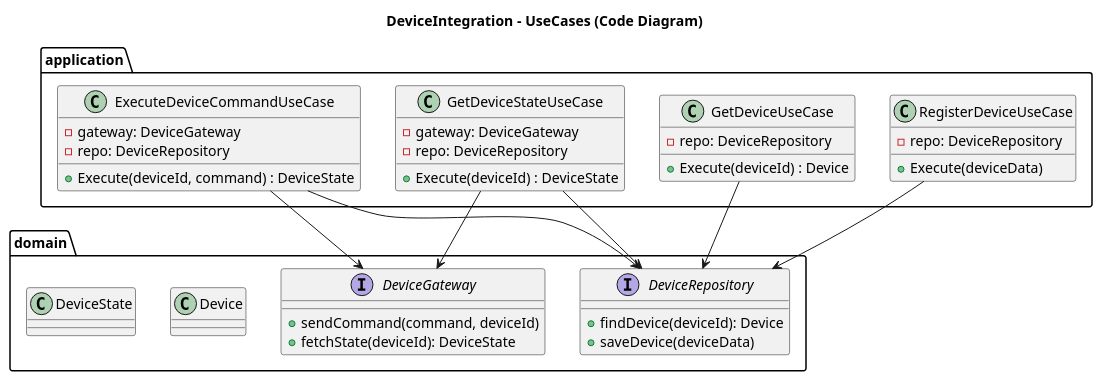
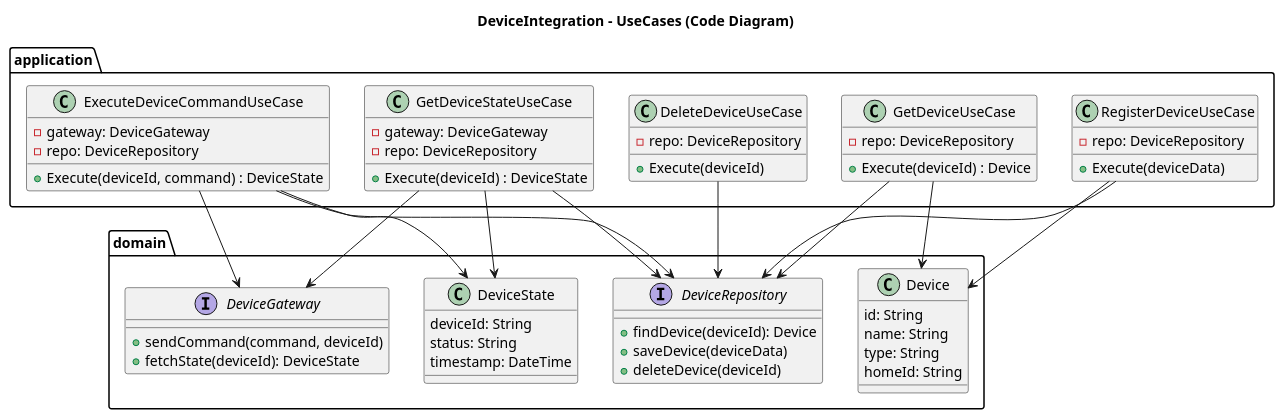
One commit to IlimbekNarmatov/warmhouse changed the diagram in puml/task_2_code_diagram_use_cases.puml. Above: the diagram before and after it, drawn with PlantUML. The commit also changed 1 other file, not shown here.

```diff
--- a/puml/task_2_code_diagram_use_cases.puml
+++ b/puml/task_2_code_diagram_use_cases.puml
@@ -1,54 +1,74 @@
 @startuml
 title DeviceIntegration - UseCases (Code Diagram)
 
 package "application" {
 
     class RegisterDeviceUseCase {
         -repo: DeviceRepository
         +Execute(deviceData)
     }
 
     class GetDeviceStateUseCase {
         -gateway: DeviceGateway
         -repo: DeviceRepository
         +Execute(deviceId) : DeviceState
     }
 
     class GetDeviceUseCase {
         -repo: DeviceRepository
         +Execute(deviceId) : Device
     }
 
     class ExecuteDeviceCommandUseCase {
         -gateway: DeviceGateway
         -repo: DeviceRepository
         +Execute(deviceId, command) : DeviceState
     }
 
+    class DeleteDeviceUseCase {
+        - repo: DeviceRepository
+        + Execute(deviceId)
+    }
 }
 
 package "domain" {
 
     interface DeviceRepository {
         + findDevice(deviceId): Device
         + saveDevice(deviceData)
+        + deleteDevice(deviceId)
     }
 
     interface DeviceGateway {
         + sendCommand(command, deviceId)
         + fetchState(deviceId): DeviceState
     }
 
-    class Device
-    class DeviceState
+    class Device {
+        id: String
+        name: String
+        type: String
+        homeId: String
+    }
 
+    class DeviceState {
+        deviceId: String
+        status: String
+        timestamp: DateTime
+    }
 }
 
 GetDeviceUseCase --> DeviceRepository
 RegisterDeviceUseCase --> DeviceRepository
 GetDeviceStateUseCase --> DeviceGateway
 ExecuteDeviceCommandUseCase --> DeviceGateway
 GetDeviceStateUseCase --> DeviceRepository
 ExecuteDeviceCommandUseCase --> DeviceRepository
+DeleteDeviceUseCase --> DeviceRepository
+
+GetDeviceUseCase --> Device
+RegisterDeviceUseCase--> Device
+GetDeviceStateUseCase --> DeviceState
+ExecuteDeviceCommandUseCase --> DeviceState
 
 @enduml
```
